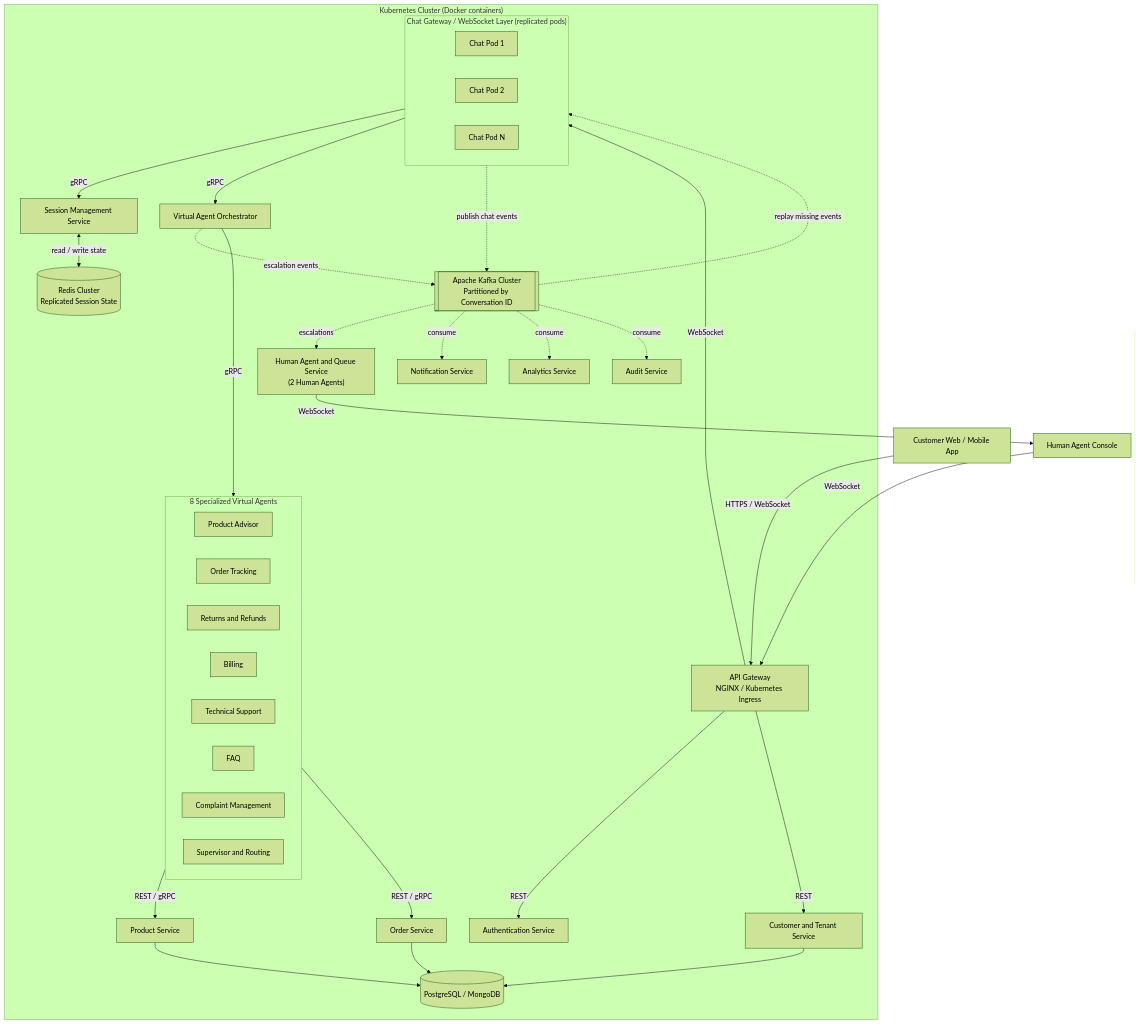
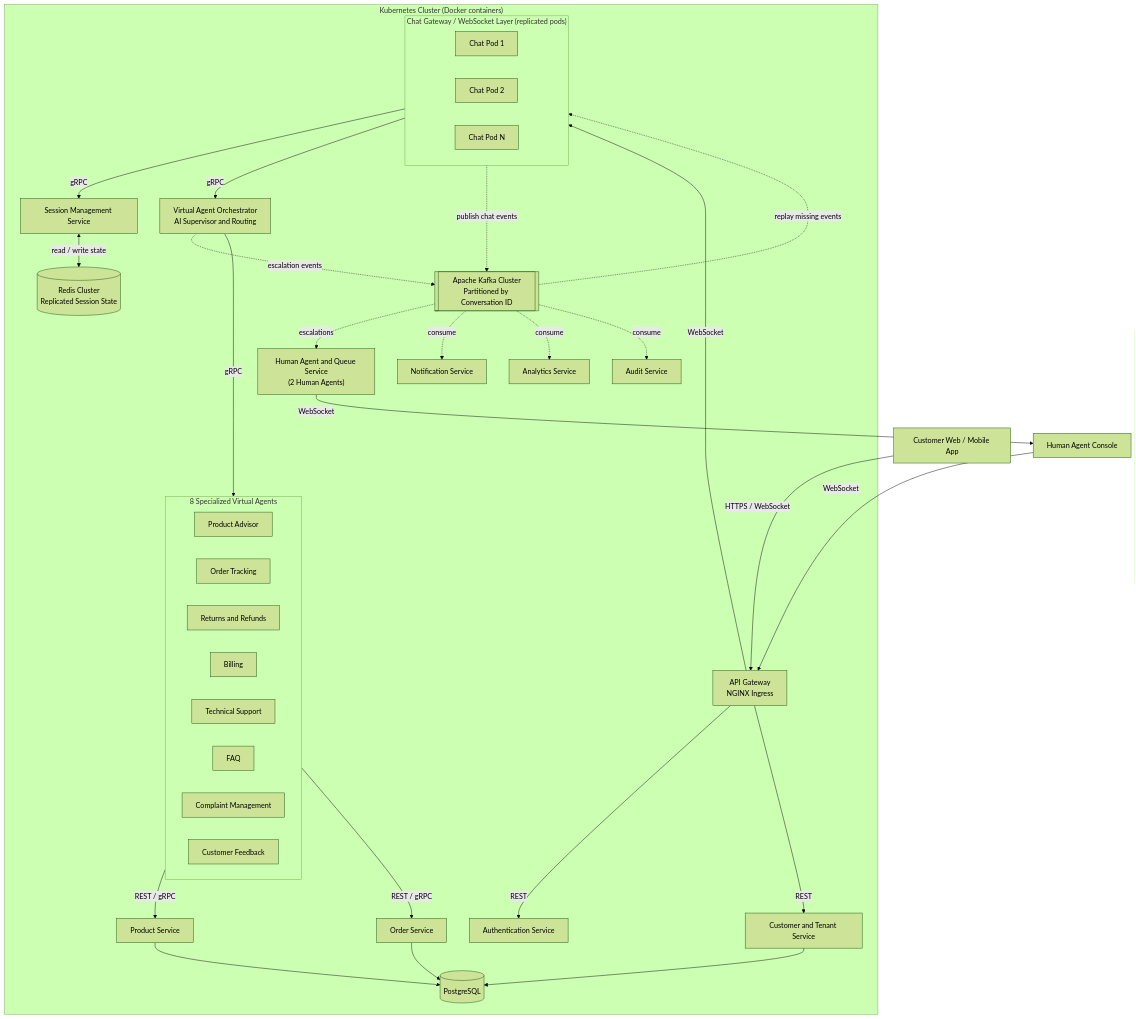
One commit to Revati-sp/CMPE-273-Group-3-Project changed the diagram in README.md. Above: the diagram before and after it, drawn with Mermaid (forest theme). The commit also changed other lines of this file, not shown here.

Commit message:
Refine README wording, technology choices, and agent roles

````diff
--- a/README.md
+++ b/README.md
@@ -21,67 +24,67 @@
 ```mermaid
 flowchart TB
     Client["Customer Web / Mobile App"]
     HumanUI["Human Agent Console"]
 
     subgraph K8S["Kubernetes Cluster (Docker containers)"]
-        Gateway["API Gateway<br/>NGINX / Kubernetes Ingress"]
+        Gateway["API Gateway<br/>NGINX Ingress"]
         Auth["Authentication Service"]
         Tenant["Customer and Tenant Service"]
 
         subgraph ChatLayer["Chat Gateway / WebSocket Layer (replicated pods)"]
             Chat1["Chat Pod 1"]
             Chat2["Chat Pod 2"]
             ChatN["Chat Pod N"]
         end
 
         Session["Session Management Service"]
-        Orch["Virtual Agent Orchestrator"]
+        Orch["Virtual Agent Orchestrator<br/>AI Supervisor and Routing"]
 
         subgraph VA["8 Specialized Virtual Agents"]
             A1["Product Advisor"]
             A2["Order Tracking"]
             A3["Returns and Refunds"]
             A4["Billing"]
             A5["Technical Support"]
             A6["FAQ"]
             A7["Complaint Management"]
-            A8["Supervisor and Routing"]
+            A8["Customer Feedback"]
         end
 
         Queue["Human Agent and Queue Service<br/>(2 Human Agents)"]
         Product["Product Service"]
         Order["Order Service"]
         Notif["Notification Service"]
         Analytics["Analytics Service"]
         Audit["Audit Service"]
 
         Redis[("Redis Cluster<br/>Replicated Session State")]
         Kafka[["Apache Kafka Cluster<br/>Partitioned by Conversation ID"]]
-        DB[("PostgreSQL / MongoDB")]
+        DB[("PostgreSQL")]
     end
 
     Client -->|"HTTPS / WebSocket"| Gateway
     HumanUI -->|"WebSocket"| Gateway
     Gateway -->|"REST"| Auth
     Gateway -->|"REST"| Tenant
     Gateway -->|"WebSocket"| ChatLayer
 
     ChatLayer -->|"gRPC"| Session
     Session <-->|"read / write state"| Redis
     ChatLayer -->|"gRPC"| Orch
     Orch -->|"gRPC"| VA
     VA -->|"REST / gRPC"| Product
     VA -->|"REST / gRPC"| Order
     Product --> DB
     Order --> DB
     Tenant --> DB
 
     ChatLayer -.->|"publish chat events"| Kafka
     Orch -.->|"escalation events"| Kafka
     Kafka -.->|"replay missing events"| ChatLayer
     Kafka -.->|"escalations"| Queue
     Kafka -.->|"consume"| Notif
     Kafka -.->|"consume"| Analytics
     Kafka -.->|"consume"| Audit
     Queue -->|"WebSocket"| HumanUI
 ```
````
